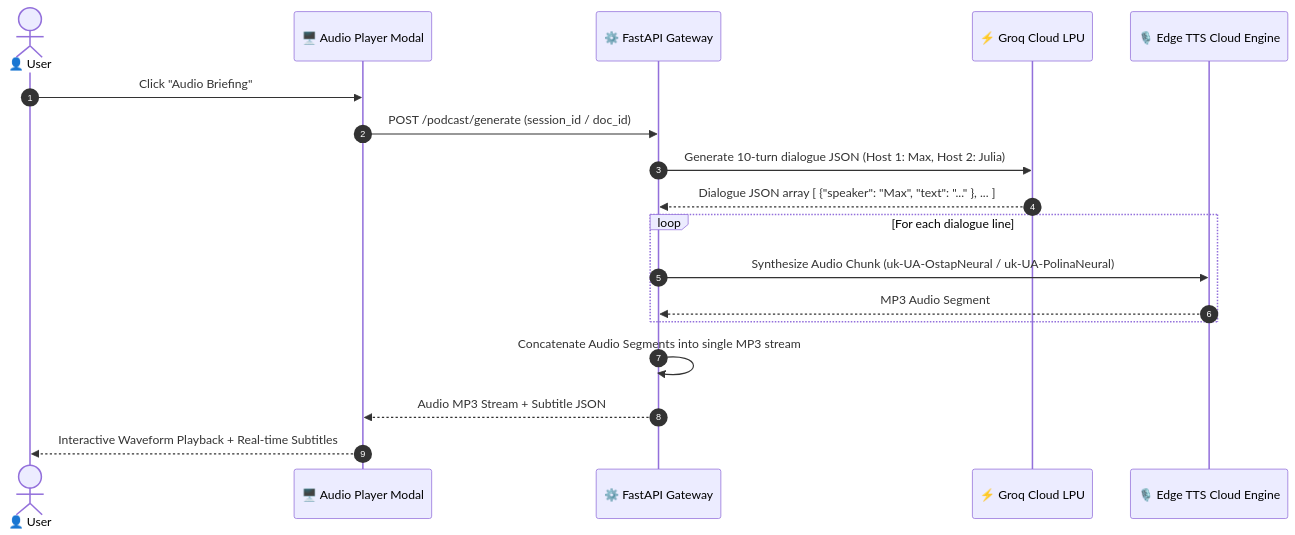
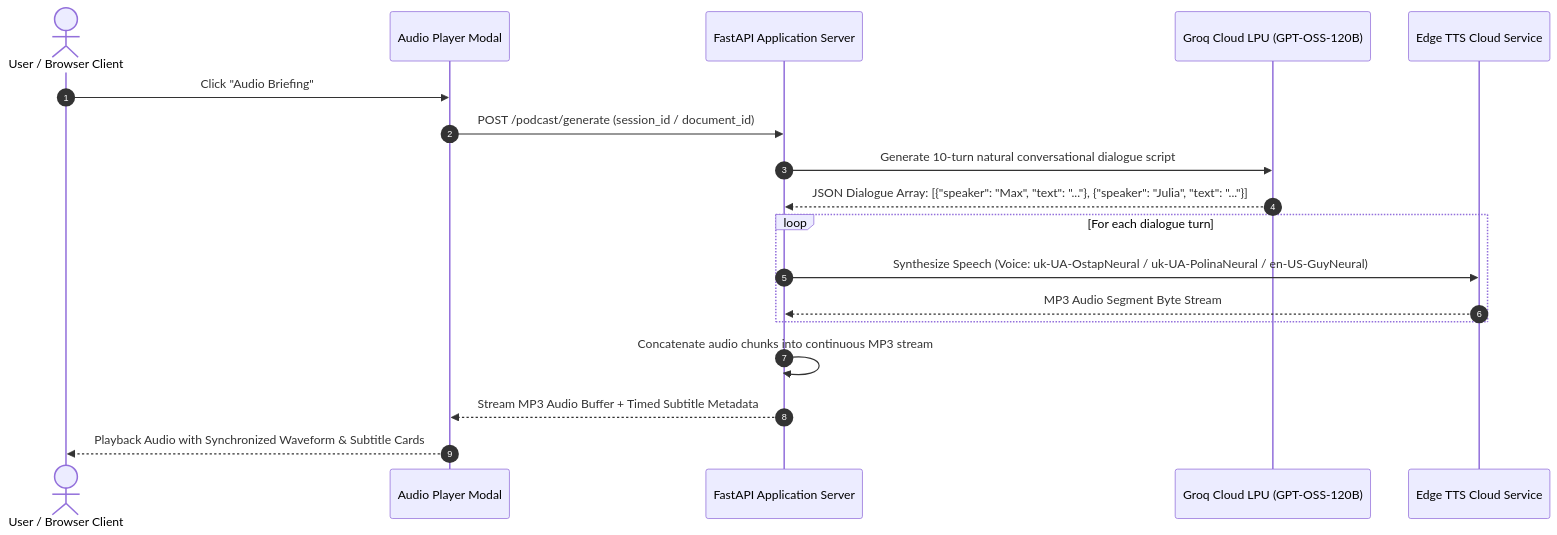
Before and after one commit to peprykstas-glitch/Vectrieve-Project: the third of 3 diagrams in docs/architecture_sequence_diagram.md, drawn with Mermaid. The commit also changed other lines of this file, not shown here.

Commit message:
docs: formalize UML sequence diagrams with exact openai/gpt-oss-120b model, english language, and no emojis

````diff
--- a/docs/architecture_sequence_diagram.md
+++ b/docs/architecture_sequence_diagram.md
@@ -145,23 +152,23 @@
 ```mermaid
 sequenceDiagram
     autonumber
-    actor User as 👤 User
-    participant Frontend as 🖥️ Audio Player Modal
-    participant Gateway as ⚙️ FastAPI Gateway
-    participant Groq as ⚡ Groq Cloud LPU
-    participant EdgeTTS as 🎙️ Edge TTS Cloud Engine
+    actor Client as User / Browser Client
+    participant Frontend as Audio Player Modal
+    participant Gateway as FastAPI Application Server
+    participant GroqCloud as Groq Cloud LPU (GPT-OSS-120B)
+    participant EdgeTTS as Edge TTS Cloud Service
 
-    User->>Frontend: Click "Audio Briefing"
-    Frontend->>Gateway: POST /podcast/generate (session_id / doc_id)
-    Gateway->>Groq: Generate 10-turn dialogue JSON (Host 1: Max, Host 2: Julia)
-    Groq-->>Gateway: Dialogue JSON array [ {"speaker": "Max", "text": "..." }, ... ]
+    Client->>Frontend: Click "Audio Briefing"
+    Frontend->>Gateway: POST /podcast/generate (session_id / document_id)
+    Gateway->>GroqCloud: Generate 10-turn natural conversational dialogue script
+    GroqCloud-->>Gateway: JSON Dialogue Array: [{"speaker": "Max", "text": "..."}, {"speaker": "Julia", "text": "..."}]
     
-    loop For each dialogue line
-        Gateway->>EdgeTTS: Synthesize Audio Chunk (uk-UA-OstapNeural / uk-UA-PolinaNeural)
-        EdgeTTS-->>Gateway: MP3 Audio Segment
+    loop For each dialogue turn
+        Gateway->>EdgeTTS: Synthesize Speech (Voice: uk-UA-OstapNeural / uk-UA-PolinaNeural / en-US-GuyNeural)
+        EdgeTTS-->>Gateway: MP3 Audio Segment Byte Stream
     end
 
-    Gateway->>Gateway: Concatenate Audio Segments into single MP3 stream
-    Gateway-->>Frontend: Audio MP3 Stream + Subtitle JSON
-    Frontend-->>User: Interactive Waveform Playback + Real-time Subtitles
+    Gateway->>Gateway: Concatenate audio chunks into continuous MP3 stream
+    Gateway-->>Frontend: Stream MP3 Audio Buffer + Timed Subtitle Metadata
+    Frontend-->>Client: Playback Audio with Synchronized Waveform & Subtitle Cards
 ```
````
